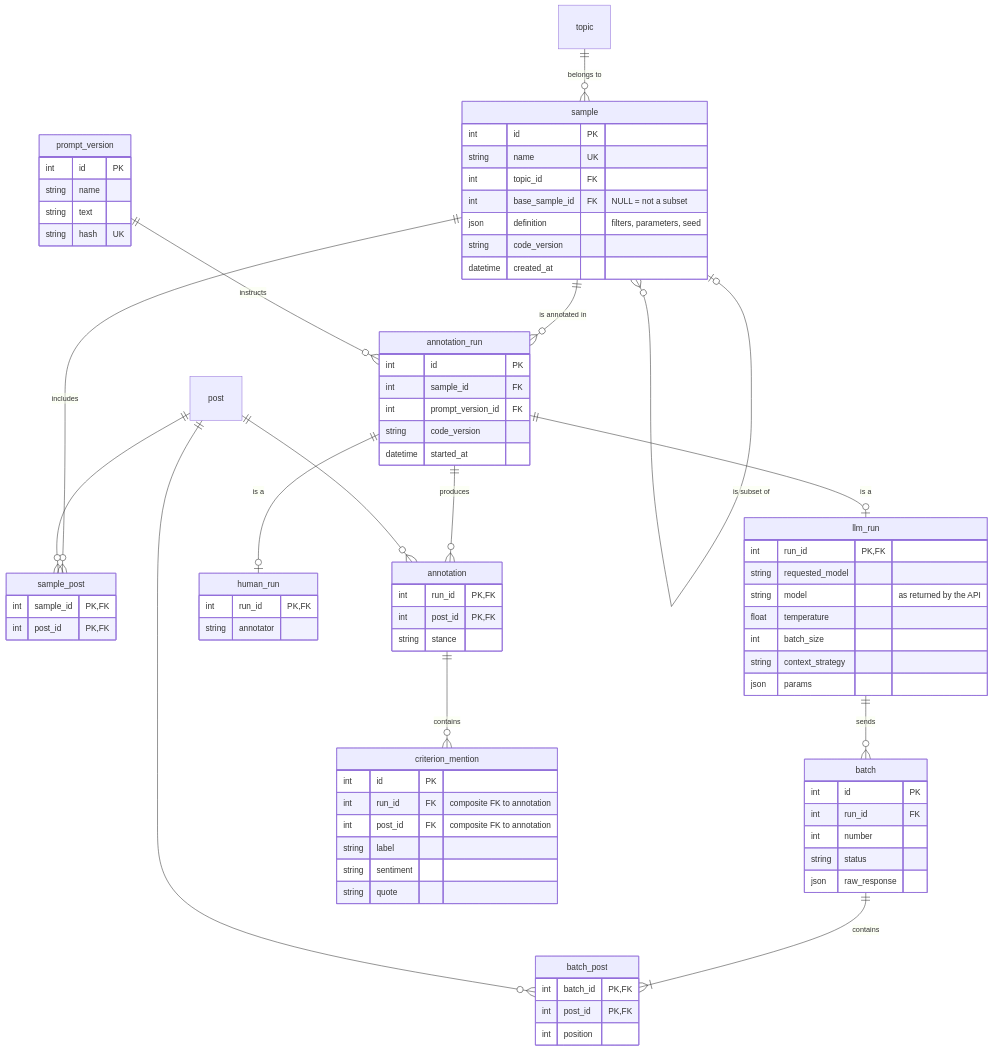
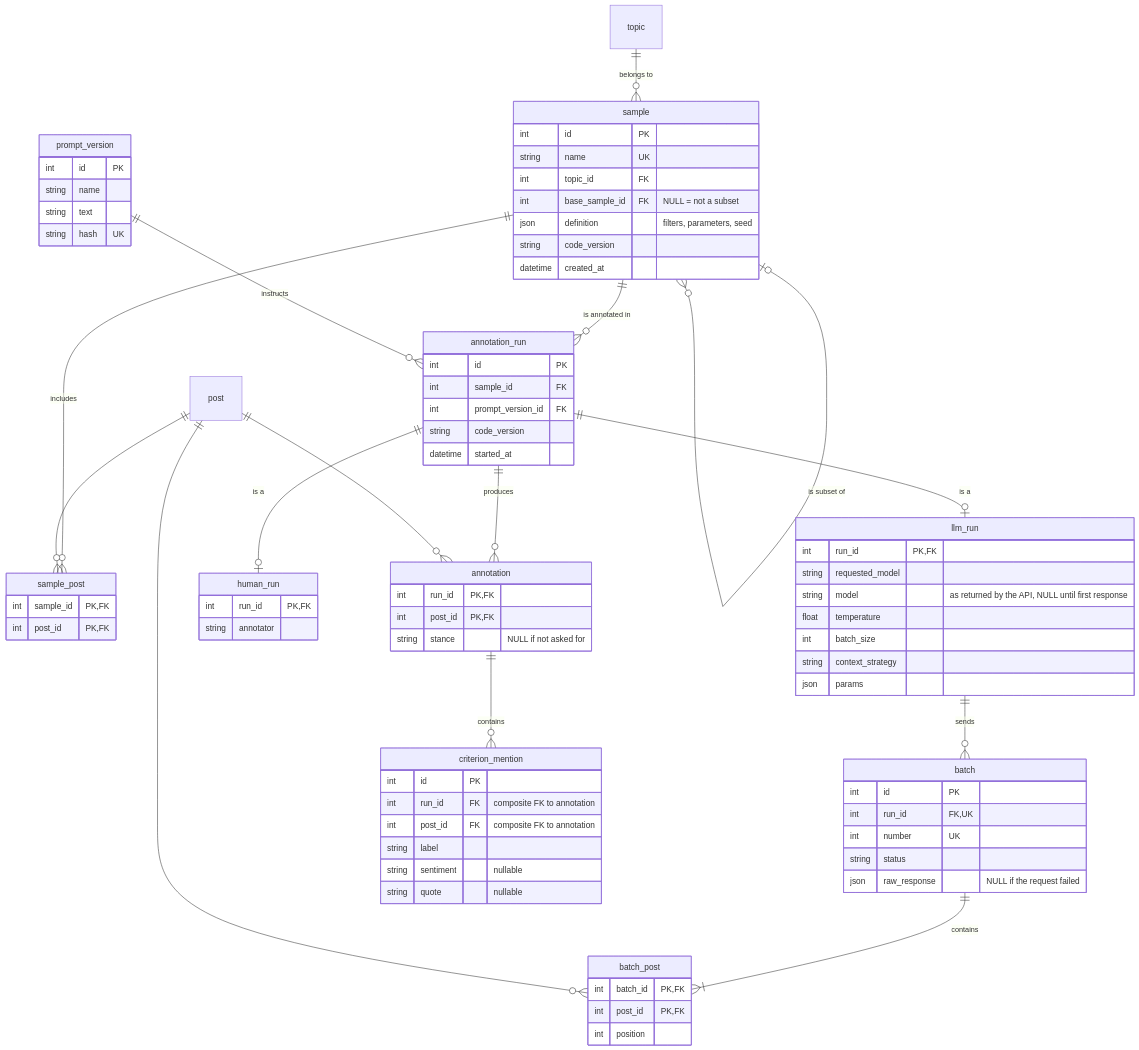
Before and after one commit to idt-fhac/radar-pipeline: the second of 3 diagrams in docs/data-model.md, drawn with Mermaid. The commit also changed other lines of this file, not shown here.

Commit message:
docs: mark optional fields and batch key in data model

````diff
--- a/docs/data-model.md
+++ b/docs/data-model.md
@@ -66,62 +66,62 @@
 ```mermaid
 erDiagram
     topic ||--o{ sample : "belongs to"
     sample ||--o{ sample_post : includes
     post ||--o{ sample_post : ""
     sample |o--o{ sample : "is subset of"
     sample ||--o{ annotation_run : "is annotated in"
     prompt_version ||--o{ annotation_run : instructs
     annotation_run ||--o| llm_run : "is a"
     annotation_run ||--o| human_run : "is a"
     llm_run ||--o{ batch : sends
     batch ||--|{ batch_post : contains
     post ||--o{ batch_post : ""
     annotation_run ||--o{ annotation : produces
     post ||--o{ annotation : ""
     annotation ||--o{ criterion_mention : contains
 
     sample { int id PK
              string name UK
              int topic_id FK
              int base_sample_id FK "NULL = not a subset"
              json definition "filters, parameters, seed"
              string code_version
              datetime created_at }
     sample_post { int sample_id PK, FK
                   int post_id PK, FK }
     prompt_version { int id PK
                      string name
                      string text
                      string hash UK }
     annotation_run { int id PK
                      int sample_id FK
                      int prompt_version_id FK
                      string code_version
                      datetime started_at }
     llm_run { int run_id PK, FK
               string requested_model
-              string model "as returned by the API"
+              string model "as returned by the API, NULL until first response"
               float temperature
               int batch_size
               string context_strategy
               json params }
     human_run { int run_id PK, FK
                 string annotator }
     batch { int id PK
-            int run_id FK
-            int number
+            int run_id FK, UK
+            int number UK
             string status
-            json raw_response }
+            json raw_response "NULL if the request failed" }
     batch_post { int batch_id PK, FK
                  int post_id PK, FK
                  int position }
     annotation { int run_id PK, FK
                  int post_id PK, FK
-                 string stance }
+                 string stance "NULL if not asked for" }
     criterion_mention { int id PK
                         int run_id FK "composite FK to annotation"
                         int post_id FK "composite FK to annotation"
                         string label
-                        string sentiment
-                        string quote }
+                        string sentiment "nullable"
+                        string quote "nullable" }
 ```
````
